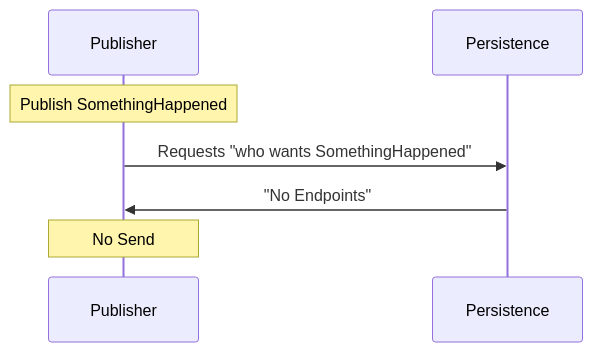
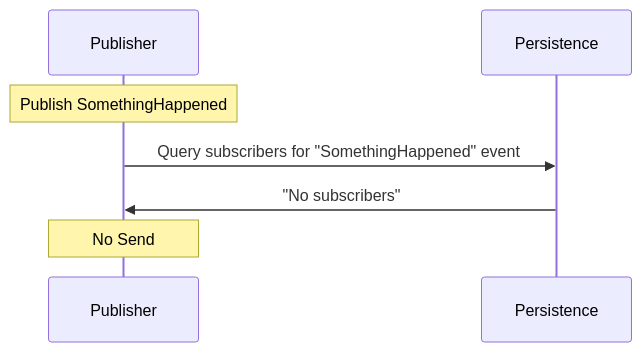
One commit to Particular/docs.particular.net changed the third of 3 diagrams in samples/manual-unsubscribe/sample.md. Above: the diagram before and after it, drawn with Mermaid. The commit also changed other lines of this file, not shown here.

````diff
--- a/samples/manual-unsubscribe/sample.md
+++ b/samples/manual-unsubscribe/sample.md
@@ -62,9 +62,9 @@
 ```mermaid
 sequenceDiagram
 Participant Publisher
 Participant Persistence
 Note over Publisher: Publish SomethingHappened
-Publisher ->> Persistence: Requests "who wants SomethingHappened"
-Persistence ->> Publisher: "No Endpoints"
+Publisher ->> Persistence: Query subscribers for "SomethingHappened" event
+Persistence ->> Publisher: "No subscribers"
 Note over Publisher: No Send
 ```
````
